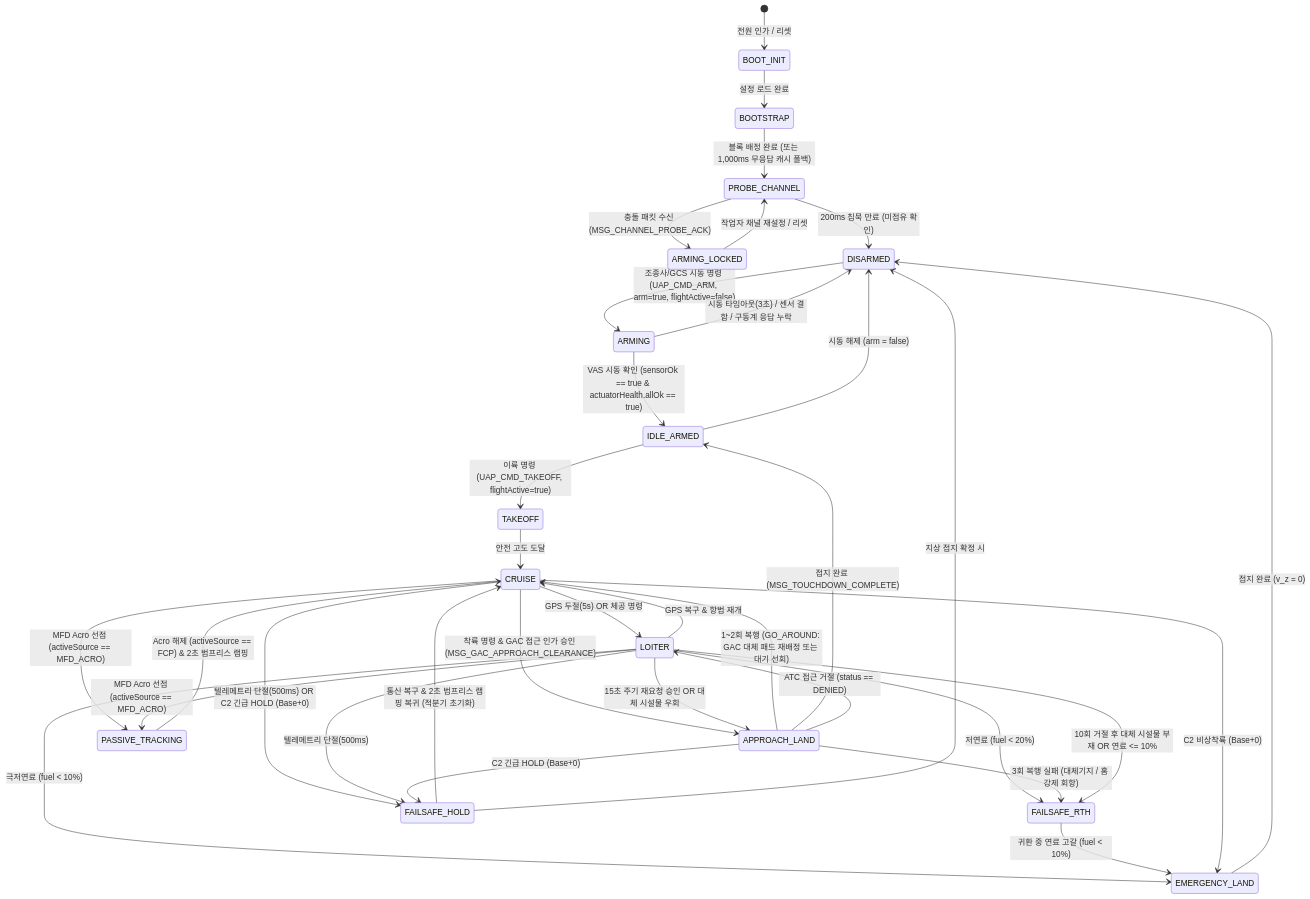
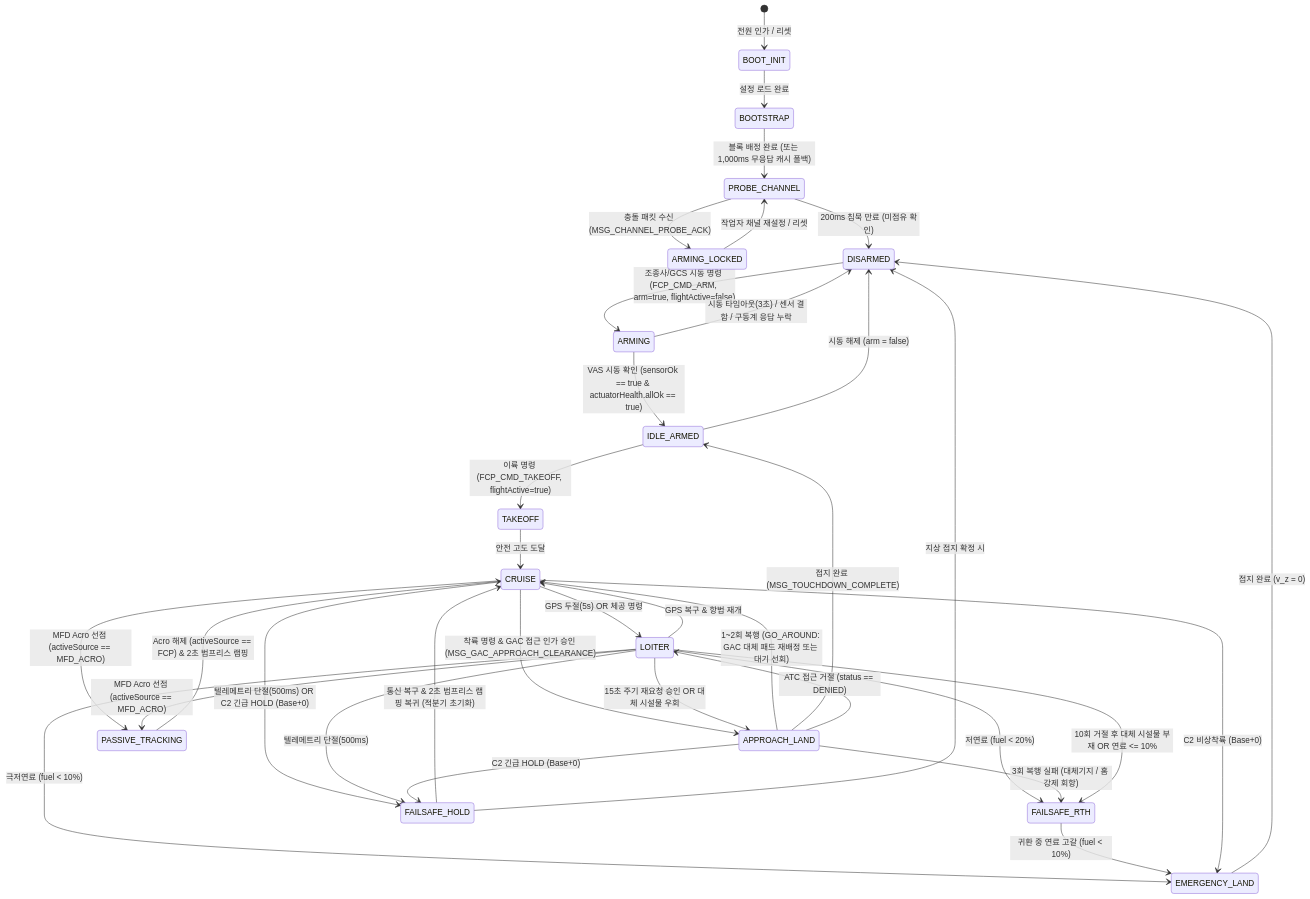
One commit to Polimachi/Aeroneutics_Autopilot changed the ninth of 11 diagrams in docs/specs/2_guidance/fcp/FCP_PROGRAM_SPECIFICATION.md. Above: the diagram before and after it, drawn with Mermaid. The commit also changed other lines of this file and 3 other files, not shown here.

````diff
--- a/docs/specs/2_guidance/fcp/FCP_PROGRAM_SPECIFICATION.md
+++ b/docs/specs/2_guidance/fcp/FCP_PROGRAM_SPECIFICATION.md
@@ -807,50 +808,50 @@
 ```mermaid
 stateDiagram-v2
     [*] --> BOOT_INIT: 전원 인가 / 리셋
     
     BOOT_INIT --> BOOTSTRAP: 설정 로드 완료
     BOOTSTRAP --> PROBE_CHANNEL: 블록 배정 완료 (또는 1,000ms 무응답 캐시 폴백)
     
     PROBE_CHANNEL --> ARMING_LOCKED: 충돌 패킷 수신 (MSG_CHANNEL_PROBE_ACK)
     PROBE_CHANNEL --> DISARMED: 200ms 침묵 만료 (미점유 확인)
     
     ARMING_LOCKED --> PROBE_CHANNEL: 작업자 채널 재설정 / 리셋
     
-    DISARMED --> ARMING: 조종사/GCS 시동 명령 (UAP_CMD_ARM, arm=true, flightActive=false)
+    DISARMED --> ARMING: 조종사/GCS 시동 명령 (FCP_CMD_ARM, arm=true, flightActive=false)
     ARMING --> IDLE_ARMED: VAS 시동 확인 (sensorOk == true & actuatorHealth.allOk == true)
     ARMING --> DISARMED: 시동 타임아웃(3초) / 센서 결함 / 구동계 응답 누락
     
-    IDLE_ARMED --> TAKEOFF: 이륙 명령 (UAP_CMD_TAKEOFF, flightActive=true)
+    IDLE_ARMED --> TAKEOFF: 이륙 명령 (FCP_CMD_TAKEOFF, flightActive=true)
     IDLE_ARMED --> DISARMED: 시동 해제 (arm = false)
     
     TAKEOFF --> CRUISE: 안전 고도 도달
     CRUISE --> LOITER: GPS 두절(5s) OR 체공 명령
     LOITER --> CRUISE: GPS 복구 & 항법 재개
     
     %% 복합 비상 (연료 고갈) 에스컬레이션
     LOITER --> FAILSAFE_RTH: 저연료 (fuel < 20%)
     LOITER --> EMERGENCY_LAND: 극저연료 (fuel < 10%)
     FAILSAFE_RTH --> EMERGENCY_LAND: 귀환 중 연료 고갈 (fuel < 10%)
     
     CRUISE --> APPROACH_LAND: 착륙 명령 & GAC 접근 인가 승인 (MSG_GAC_APPROACH_CLEARANCE)
     APPROACH_LAND --> CRUISE: 1~2회 복행 (GO_AROUND: GAC 대체 패드 재배정 또는 대기 선회)
     APPROACH_LAND --> FAILSAFE_RTH: 3회 복행 실패 (대체기지 / 홈 강제 회항)
     APPROACH_LAND --> IDLE_ARMED: 접지 완료 (MSG_TOUCHDOWN_COMPLETE)
     APPROACH_LAND --> LOITER: ATC 접근 거절 (status == DENIED)
     LOITER --> APPROACH_LAND: 15초 주기 재요청 승인 OR 대체 시설물 우회
     LOITER --> FAILSAFE_RTH: 10회 거절 후 대체 시설물 부재 OR 연료 <= 10%
     
     CRUISE --> FAILSAFE_HOLD: 텔레메트리 단절(500ms) OR C2 긴급 HOLD (Base+0)
     LOITER --> FAILSAFE_HOLD: 텔레메트리 단절(500ms)
     APPROACH_LAND --> FAILSAFE_HOLD: C2 긴급 HOLD (Base+0)
     CRUISE --> EMERGENCY_LAND: C2 비상착륙 (Base+0)
     
     FAILSAFE_HOLD --> CRUISE: 통신 복구 & 2초 범프리스 램핑 복귀 (적분기 초기화)
     FAILSAFE_HOLD --> DISARMED: 지상 접지 확정 시
     EMERGENCY_LAND --> DISARMED: 접지 완료 (v_z = 0)
     
     %% MFD ACRO 선점 및 수동 급기동 추종
     CRUISE --> PASSIVE_TRACKING: MFD Acro 선점 (activeSource == MFD_ACRO)
     LOITER --> PASSIVE_TRACKING: MFD Acro 선점 (activeSource == MFD_ACRO)
     PASSIVE_TRACKING --> CRUISE: Acro 해제 (activeSource == FCP) & 2초 범프리스 램핑
 ```
````
